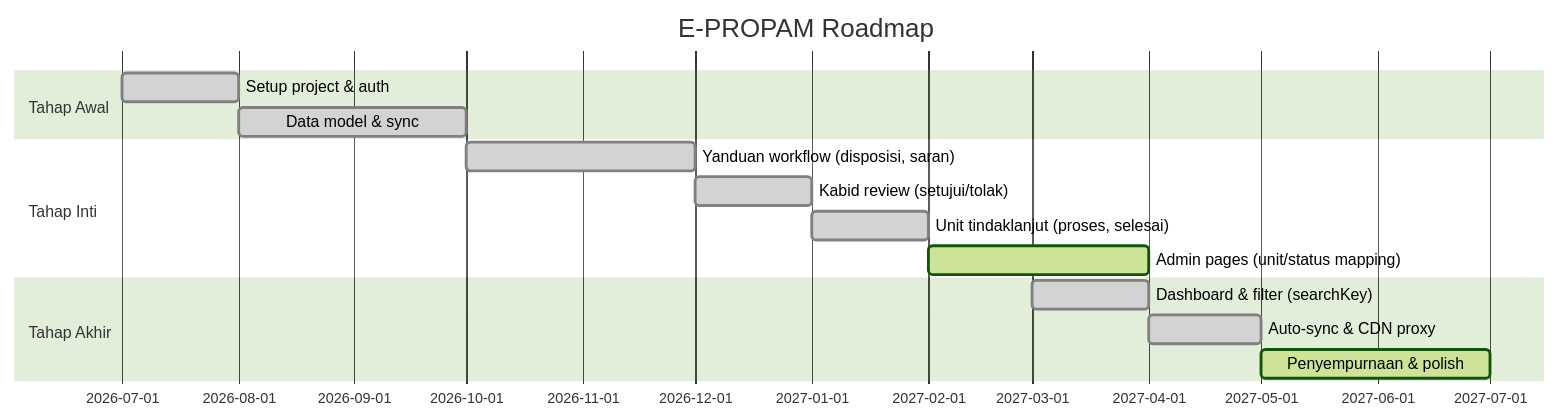
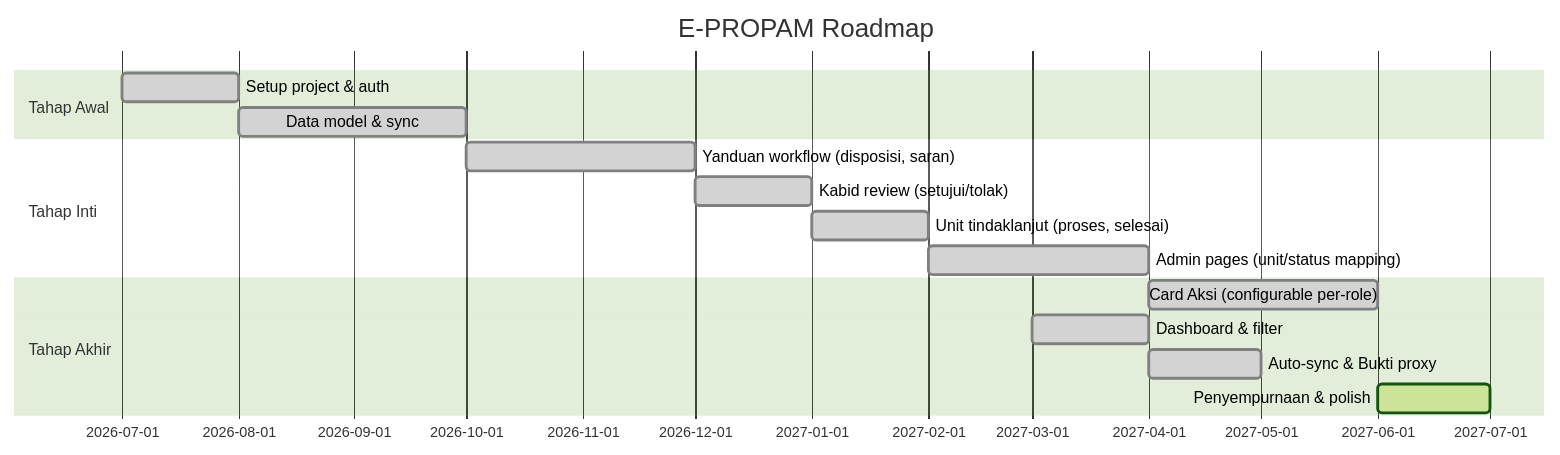
One commit to Kilodash/e-propam changed the diagram in brain/roadmap.md. Above: the diagram before and after it, drawn with Mermaid (forest theme). The commit also changed other lines of this file and 67 other files, not shown here.

Commit message:
Release: Card Aksi DB-driven, distribusi ceklis, scope toggle, searchable combobox, timeline unified, bukti pendukung, role-based access

````diff
--- a/brain/roadmap.md
+++ b/brain/roadmap.md
@@ -12,17 +12,18 @@
 ```mermaid
 gantt
     title E-PROPAM Roadmap
     dateFormat  YYYY-MM
     section Tahap Awal
     Setup project & auth         :done, 2026-07, 2026-08
     Data model & sync            :done, 2026-08, 2026-10
     section Tahap Inti
     Yanduan workflow (disposisi, saran) :done, 2026-10, 2026-12
     Kabid review (setujui/tolak)        :done, 2026-12, 2027-01
     Unit tindaklanjut (proses, selesai) :done, 2027-01, 2027-02
-    Admin pages (unit/status mapping)   :active, 2027-02, 2027-04
+    Admin pages (unit/status mapping)   :done, 2027-02, 2027-04
     section Tahap Akhir
-    Dashboard & filter (searchKey)      :done, 2027-03, 2027-04
-    Auto-sync & CDN proxy               :done, 2027-04, 2027-05
-    Penyempurnaan & polish              :active, 2027-05, 2027-07
+    Card Aksi (configurable per-role)   :done, 2027-04, 2027-06
+    Dashboard & filter                  :done, 2027-03, 2027-04
+    Auto-sync & Bukti proxy             :done, 2027-04, 2027-05
+    Penyempurnaan & polish              :active, 2027-06, 2027-07
 ```
````
